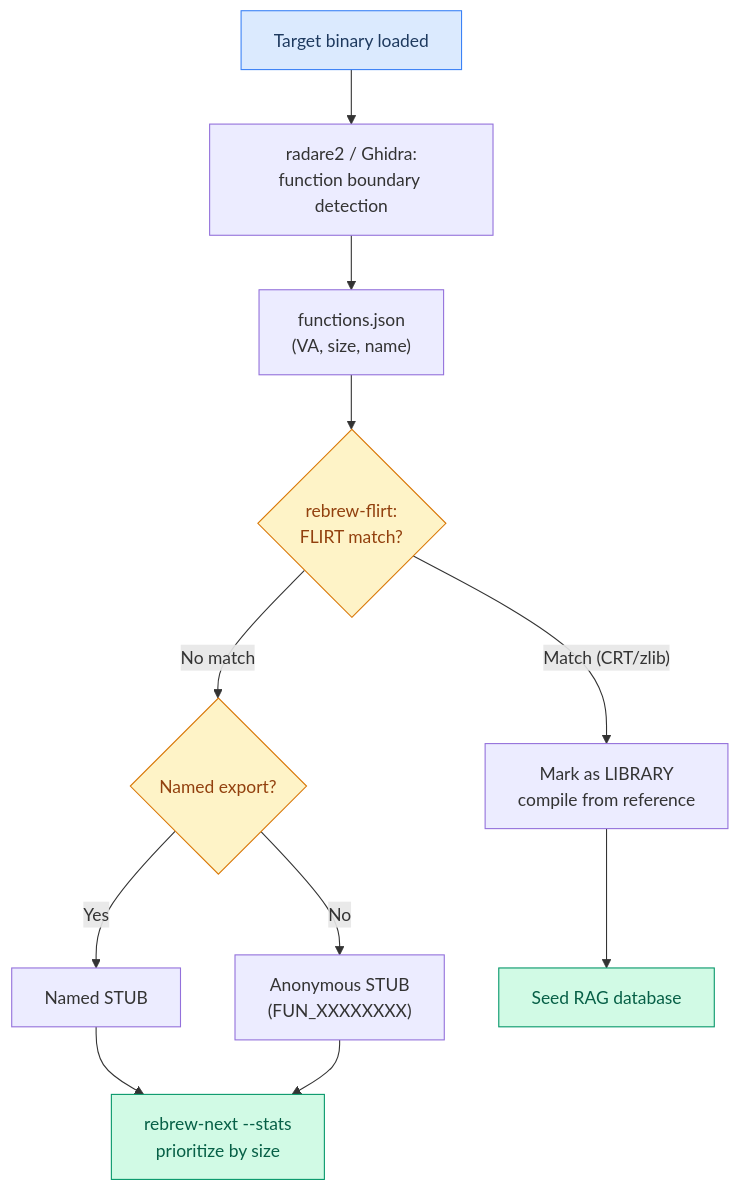
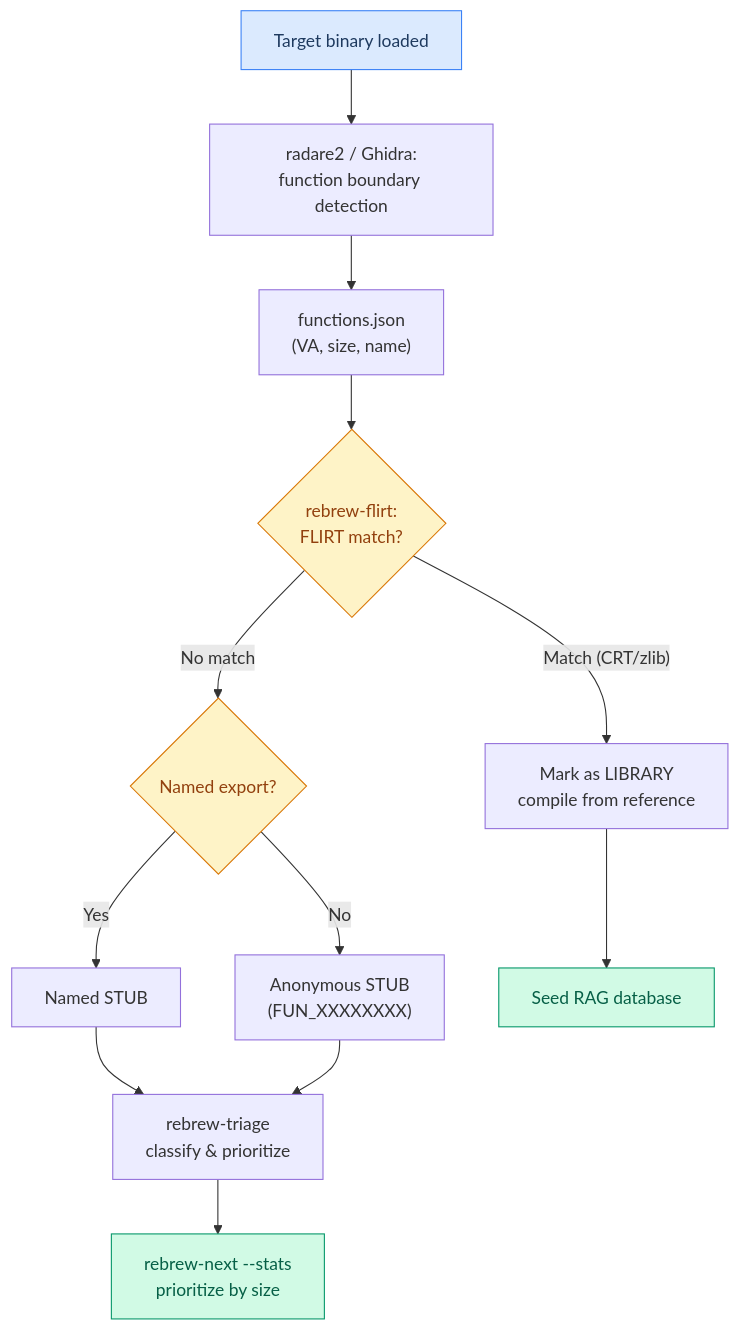
One commit to maci0/rebrew changed the third of 16 diagrams in docs/USER_STORIES.md. Above: the diagram before and after it, drawn with Mermaid. The commit also changed other lines of this file and 10 other files, not shown here.

````diff
--- a/docs/USER_STORIES.md
+++ b/docs/USER_STORIES.md
@@ -77,19 +83,20 @@
 ```mermaid
 graph TD
     A["Target binary loaded"] --> B["radare2 / Ghidra:<br/>function boundary detection"]
     B --> C["functions.json<br/>(VA, size, name)"]
     C --> D{"rebrew-flirt:<br/>FLIRT match?"}
     D -->|"Match (CRT/zlib)"| E["Mark as LIBRARY<br/>compile from reference"]
     D -->|"No match"| F{"Named export?"}
     F -->|Yes| G["Named STUB"]
     F -->|No| H["Anonymous STUB<br/>(FUN_XXXXXXXX)"]
     E --> I["Seed RAG database"]
-    G --> J["rebrew-next --stats<br/>prioritize by size"]
-    H --> J
+    G --> T["rebrew-triage<br/>classify & prioritize"]
+    H --> T
+    T --> J["rebrew-next --stats<br/>prioritize by size"]
 
     style A fill:#dbeafe,stroke:#3b82f6,color:#1e3a5f
     style I fill:#d1fae5,stroke:#059669,color:#065f46
     style J fill:#d1fae5,stroke:#059669,color:#065f46
     style D fill:#fef3c7,stroke:#d97706,color:#92400e
     style F fill:#fef3c7,stroke:#d97706,color:#92400e
 ```
````
